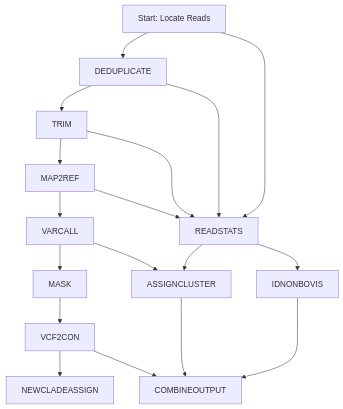
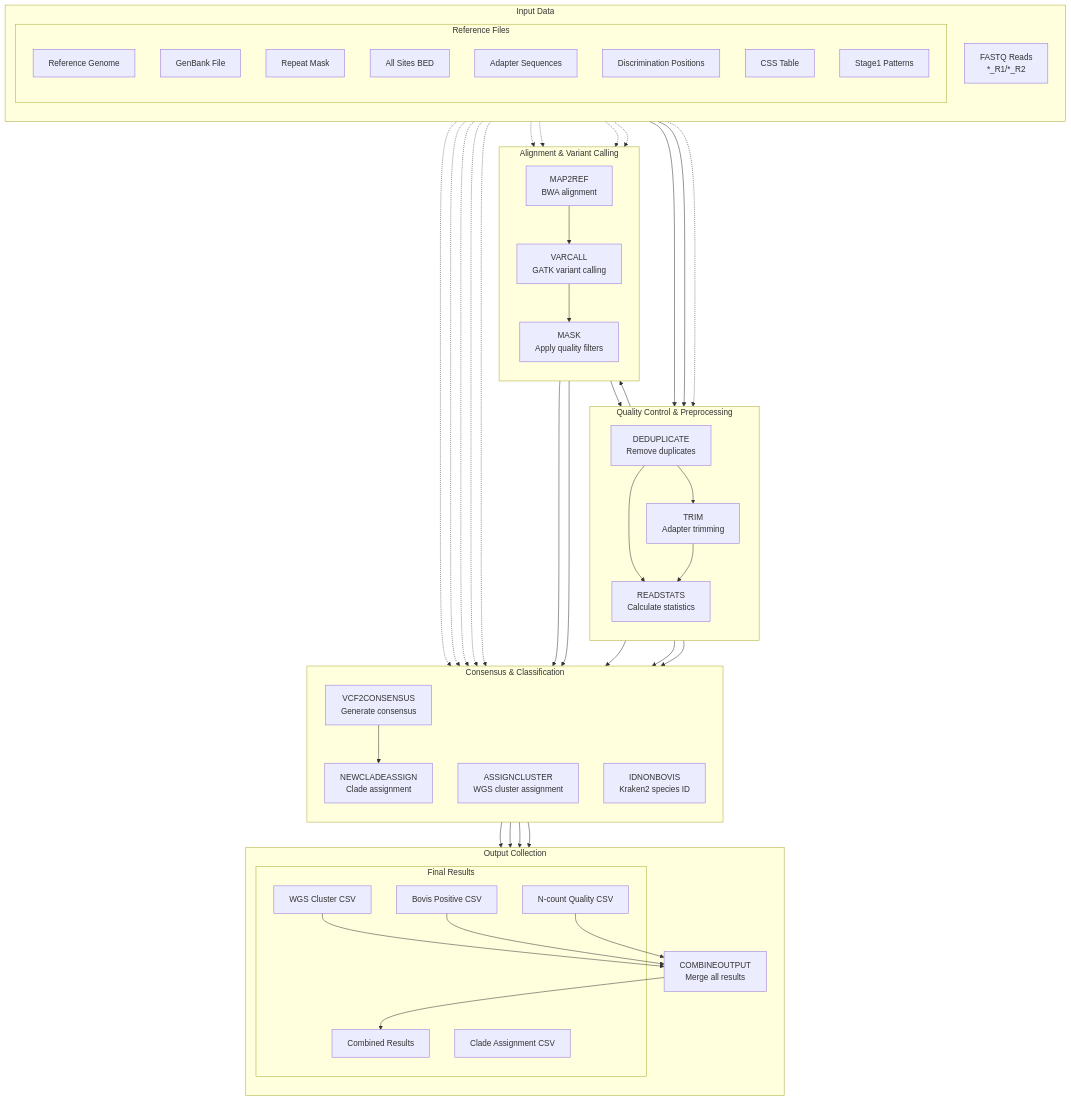
The diagram in README.md (APHA-CSU/btb-seq), drawn with Mermaid before and after one commit. The commit also changed other lines of this file, not shown here.

````diff
--- a/README.md
+++ b/README.md
@@ -37,20 +35,100 @@
 ```mermaid
 flowchart TD
-    A[Start: Locate Reads] --> B[DEDUPLICATE]
-    B --> C[TRIM]
-    C --> D[MAP2REF]
-    D --> E[VARCALL]
-    E --> F[MASK]
-    F --> G[VCF2CON]
-    A --> H[READSTATS]
+    %% Input files
+    subgraph inputs ["Input Data"]
+        direction TB
+        A[FASTQ Reads<br/>*_R1/*_R2]
+        subgraph ref ["Reference Files"]
+            REF[Reference Genome]
+            REFGBK[GenBank File]
+            RPTMASK[Repeat Mask]
+            ALLSITES[All Sites BED]
+            ADAPTERS[Adapter Sequences]
+            DISCRIM[Discrimination Positions]
+            CSS[CSS Table]
+            STAGE1[Stage1 Patterns]
+        end
+    end
+    
+    %% Quality control and preprocessing
+    subgraph qc ["Quality Control & Preprocessing"]
+        direction TB
+        B[DEDUPLICATE<br/>Remove duplicates]
+        C[TRIM<br/>Adapter trimming]
+        H[READSTATS<br/>Calculate statistics]
+    end
+    
+    %% Alignment and variant calling
+    subgraph align ["Alignment & Variant Calling"]
+        direction TB
+        D[MAP2REF<br/>BWA alignment]
+        E[VARCALL<br/>GATK variant calling]
+        F[MASK<br/>Apply quality filters]
+    end
+    
+    %% Consensus and classification
+    subgraph classify ["Consensus & Classification"]
+        direction TB
+        G[VCF2CONSENSUS<br/>Generate consensus]
+        I[ASSIGNCLUSTER<br/>WGS cluster assignment]
+        J[NEWCLADEASSIGN<br/>Clade assignment]
+        K[IDNONBOVIS<br/>Kraken2 species ID]
+    end
+    
+    %% Output collection
+    subgraph output ["Output Collection"]
+        direction TB
+        L[COMBINEOUTPUT<br/>Merge all results]
+        subgraph results ["Final Results"]
+            OUT1[WGS Cluster CSV]
+            OUT2[Clade Assignment CSV]
+            OUT3[Bovis Positive CSV]
+            OUT4[N-count Quality CSV]
+            OUT5[Combined Results]
+        end
+    end
+    
+    %% Data flow
+    A --> B
+    B --> C
+    C --> D
+    D --> E
+    E --> F
+    F --> G
+    
+    %% Stats collection
+    A --> H
     B --> H
     C --> H
     D --> H
-    E --> I[ASSIGNCLUSTER]
+    
+    %% Classification branches
+    E --> I
     H --> I
-    G --> J[NEWCLADEASSIGN]
-    H --> K[IDNONBOVIS]
-    I --> L[COMBINEOUTPUT]
-    K --> L
-    G --> L
+    G --> J
+    H --> K
+    C --> K
+    
+    %% Output generation
+    I --> OUT1
+    J --> OUT2
+    K --> OUT3
+    G --> OUT4
+    
+    OUT1 --> L
+    OUT3 --> L
+    OUT4 --> L
+    L --> OUT5
+    
+    %% Reference inputs (dotted lines for clarity)
+    REF -.-> D
+    REF -.-> E
+    REF -.-> G
+    REF -.-> I
+    ADAPTERS -.-> C
+    RPTMASK -.-> F
+    ALLSITES -.-> F
+    DISCRIM -.-> I
+    CSS -.-> J
+    STAGE1 -.-> I
 ```
````
